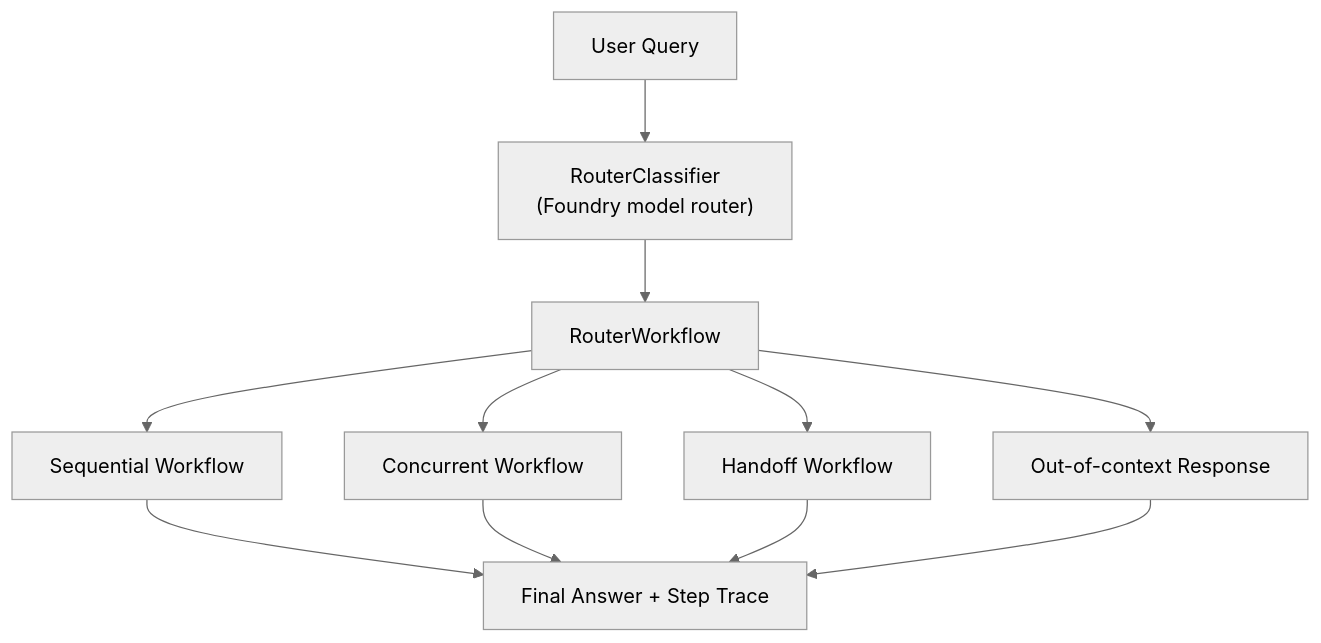
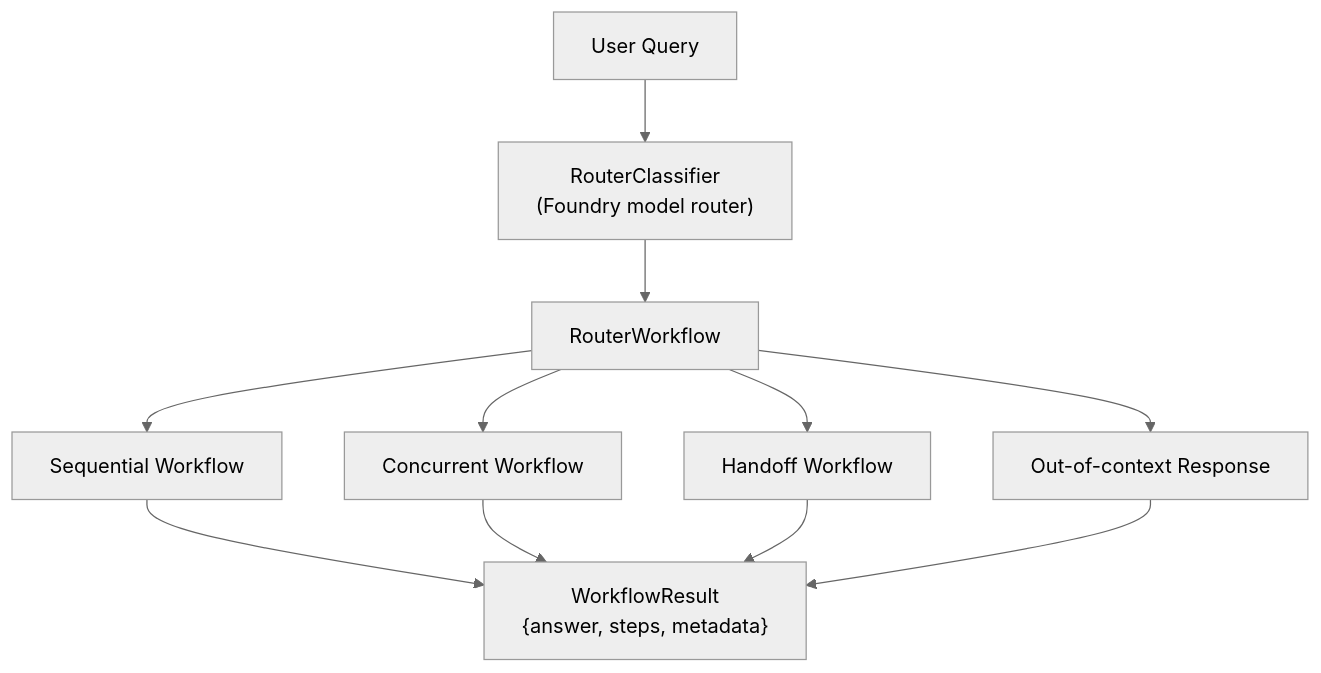
One commit to cristofima/maf-graphrag-series changed the diagram in README.md. Above: the diagram before and after it, drawn with Mermaid (neutral theme). The commit also changed other lines of this file and 2 other files, not shown here.

First line of the commit message:
docs(readme): restructure root README around router-first architecture

````diff
--- a/README.md
+++ b/README.md
@@ -633,13 +40,11 @@
 ```mermaid
 flowchart TD
-        Q["User Query"] --> RC["RouterClassifier\n(Foundry model router)"]
-        RC --> RW["RouterWorkflow"]
-        RW --> SQ["Sequential Workflow"]
-        RW --> CC["Concurrent Workflow"]
-        RW --> HF["Handoff Workflow"]
-        RW --> OOC["Out-of-context Response"]
-        SQ --> OUT["Final Answer + Step Trace"]
-        CC --> OUT
-        HF --> OUT
-        OOC --> OUT
+    Q["User Query"]
+    Q --> RC["RouterClassifier\n(Foundry model router)"]
+    RC --> RW["RouterWorkflow"]
+    RW --> SQ["Sequential Workflow"]
+    RW --> CC["Concurrent Workflow"]
+    RW --> HF["Handoff Workflow"]
+    RW --> OOC["Out-of-context Response"]
+    SQ & CC & HF & OOC --> OUT["WorkflowResult\n{answer, steps, metadata}"]
 ```
````
